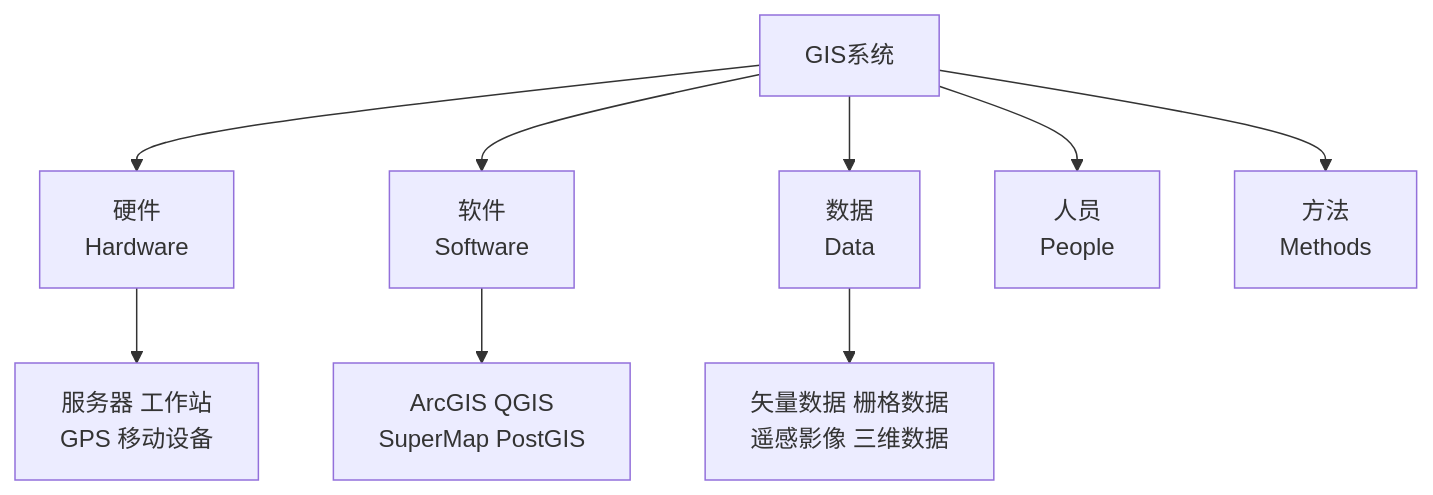
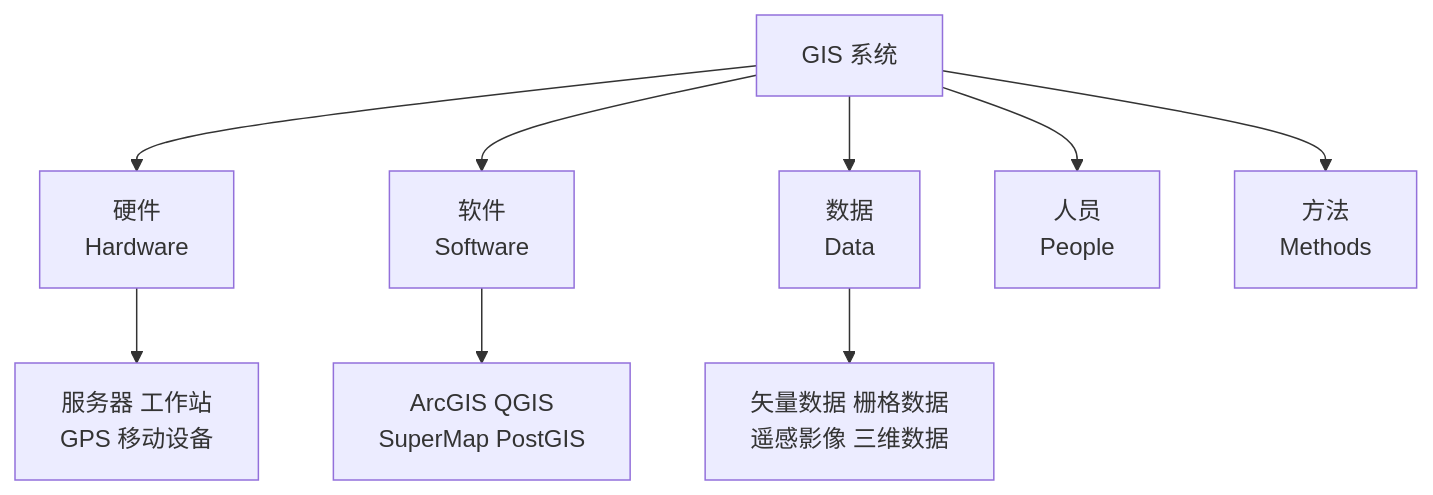
Before and after one commit to Tianshang301/TianshangKnowledgeBase: the first of 2 diagrams in 04_EngineeringAndTechnology/SurveyingAndMappingScience/Cartography/GISFundamentals.md, drawn with Mermaid. The commit also changed other lines of this file and 2257 other files, not shown here.

````diff
--- a/04_EngineeringAndTechnology/SurveyingAndMappingScience/Cartography/GISFundamentals.md
+++ b/04_EngineeringAndTechnology/SurveyingAndMappingScience/Cartography/GISFundamentals.md
@@ -14,11 +16,11 @@
 ```mermaid
 graph TD
-    A[GIS系统] --> B[硬件<br/>Hardware]
+    A[GIS 系统] --> B[硬件<br/>Hardware]
     A --> C[软件<br/>Software]
     A --> D[数据<br/>Data]
     A --> E[人员<br/>People]
     A --> F[方法<br/>Methods]
     B --> G[服务器 工作站<br/>GPS 移动设备]
     C --> H[ArcGIS QGIS<br/>SuperMap PostGIS]
     D --> I[矢量数据 栅格数据<br/>遥感影像 三维数据]
 ```
````
